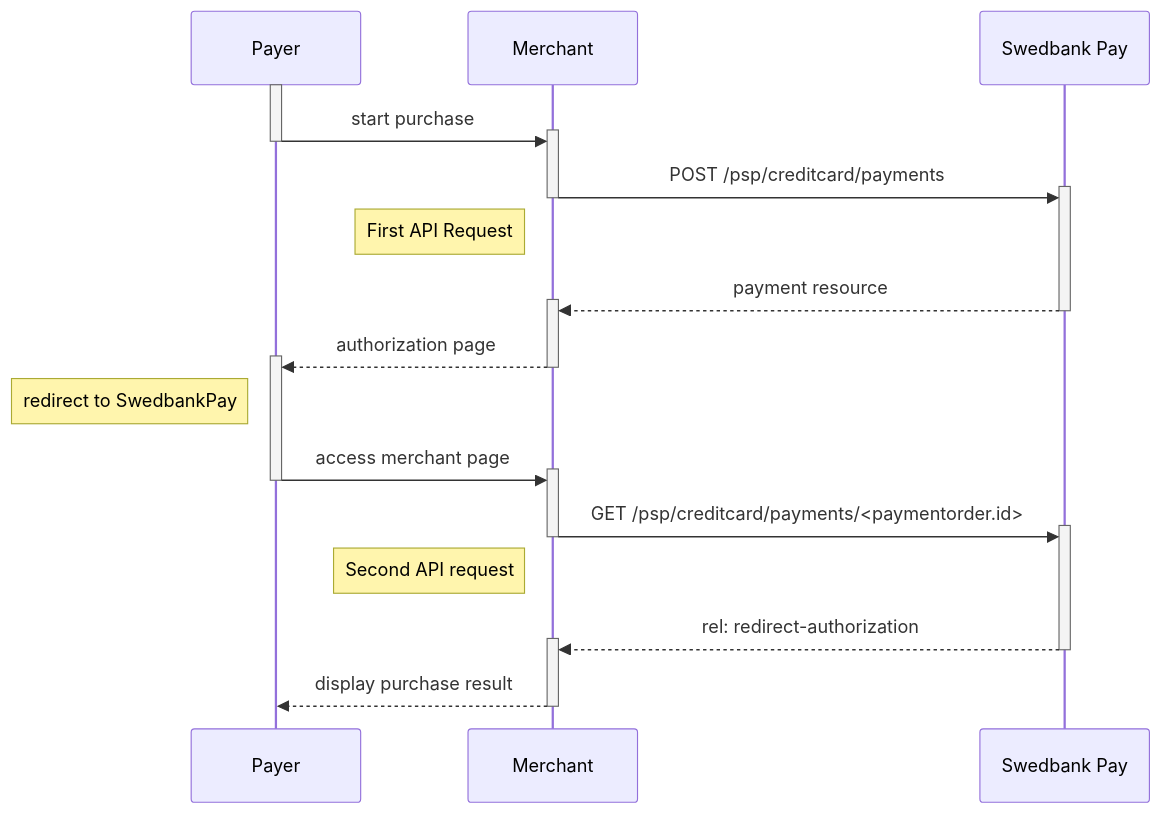
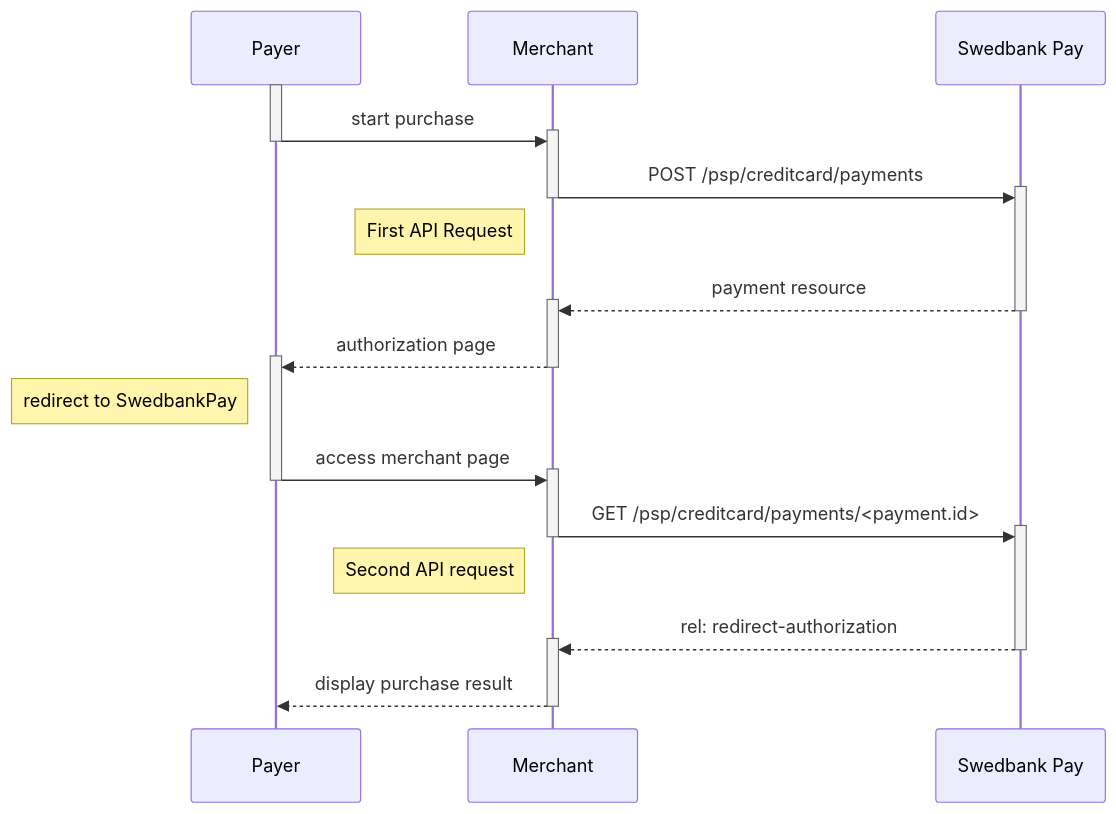
The first of 4 diagrams in payments/credit-card/redirect.md (SwedbankPay/developer.swedbankpay.com), drawn with Mermaid before and after one commit. The commit also changed other lines of this file, not shown here.

Commit message:
fixed GET request in sequence diagram and added abbreviated code examples and tables

````diff
--- a/payments/credit-card/redirect.md
+++ b/payments/credit-card/redirect.md
@@ -117,26 +320,26 @@
 ```mermaid
 sequenceDiagram
     participant Payer
     participant Merchant
     participant SwedbankPay as Swedbank Pay
 
     activate Payer
     Payer->>+Merchant: start purchase
     deactivate Payer
     Merchant->>+SwedbankPay: POST /psp/creditcard/payments
     deactivate Merchant
     note left of Merchant: First API Request
     SwedbankPay-->>+Merchant: payment resource
     deactivate SwedbankPay
     Merchant-->>+Payer: authorization page
     deactivate Merchant
     note left of Payer: redirect to SwedbankPay
     Payer->>+Merchant: access merchant page
     deactivate Payer
-    Merchant->>+SwedbankPay: GET /psp/creditcard/payments/<paymentorder.id>
+    Merchant->>+SwedbankPay: GET /psp/creditcard/payments/<payment.id>
     deactivate Merchant
     note left of Merchant: Second API request
     SwedbankPay-->>+Merchant: rel: redirect-authorization
     deactivate SwedbankPay
     Merchant-->>-Payer: display purchase result
 ```
````
